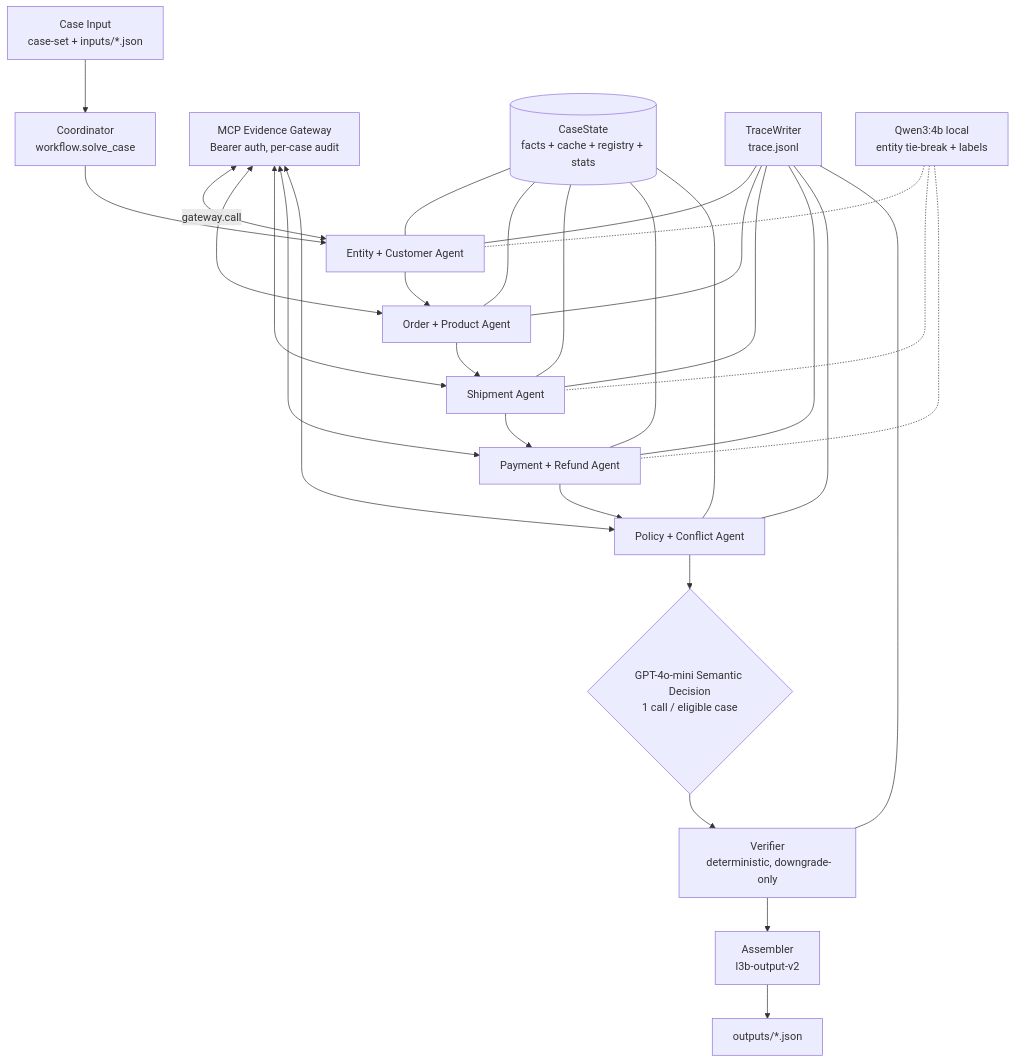
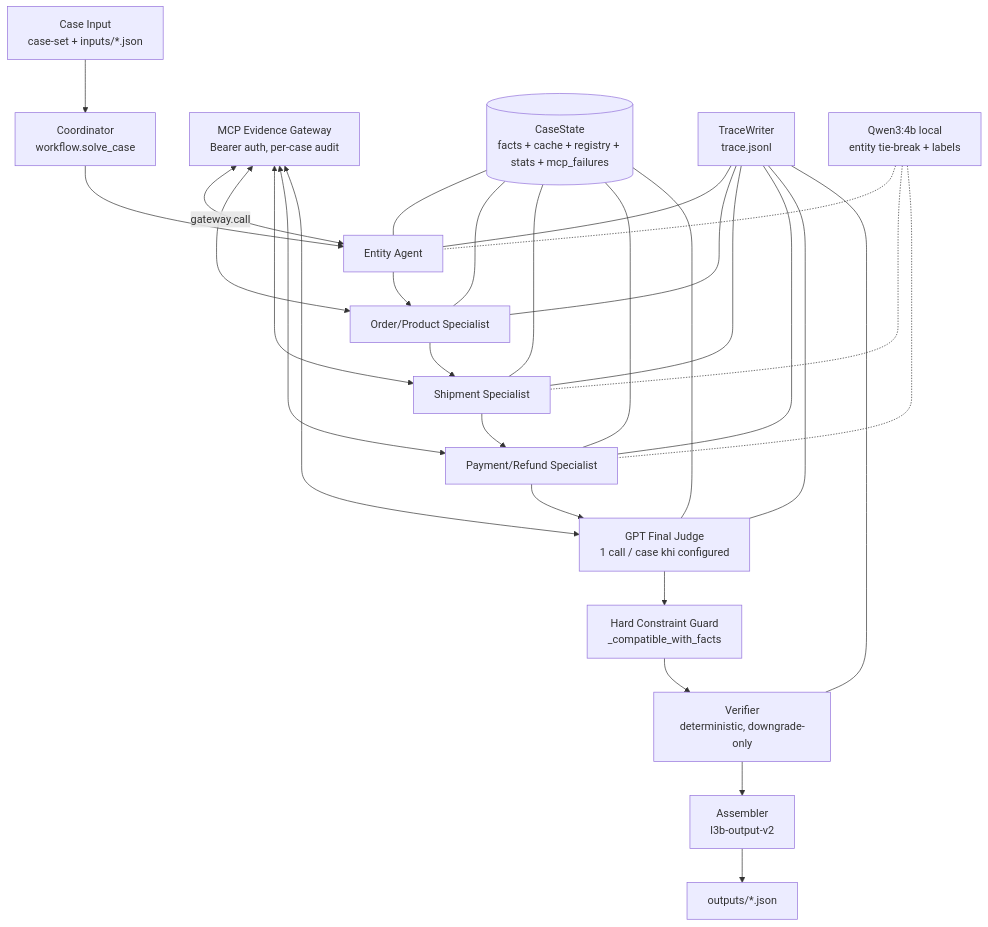
One commit to brxcewxyne/K4-L3B-MultiAgent-MCP-A2A changed the diagram in ARCHITECTURE.md. Above: the diagram before and after it, drawn with Mermaid. The commit also changed other lines of this file and 8 other files, not shown here.

Commit message:
refactor code final, last step agent broke the code

````diff
--- a/ARCHITECTURE.md
+++ b/ARCHITECTURE.md
@@ -29,18 +33,18 @@
 ```mermaid
 flowchart TD
     IN[Case Input\ncase-set + inputs/*.json] --> COORD[Coordinator\nworkflow.solve_case]
-    COORD --> ENT[Entity + Customer Agent]
-    ENT --> OP[Order + Product Agent]
-    OP --> SHIP[Shipment Agent]
-    SHIP --> PAY[Payment + Refund Agent]
-    PAY --> POL[Policy + Conflict Agent]
-    POL --> HYB{GPT-4o-mini Semantic Decision\n1 call / eligible case}
-    HYB --> VER[Verifier\n deterministic, downgrade-only]
+    COORD --> ENT[Entity Agent]
+    ENT --> OP[Order/Product Specialist]
+    OP --> SHIP[Shipment Specialist]
+    SHIP --> PAY[Payment/Refund Specialist]
+    PAY --> JUDGE[GPT Final Judge\n1 call / case khi configured]
+    JUDGE --> GUARD[Hard Constraint Guard\n_compatible_with_facts]
+    GUARD --> VER[Verifier\ndeterministic, downgrade-only]
     VER --> ASM[Assembler\nl3b-output-v2]
     ASM --> OUT[outputs/*.json]
     MCP[MCP Evidence Gateway\nBearer auth, per-case audit] <-->|gateway.call| ENT
-    MCP <--> OP & SHIP & PAY & POL
-    CS[(CaseState\nfacts + cache + registry + stats)] --- ENT & OP & SHIP & PAY & POL
-    TR[TraceWriter\ntrace.jsonl] --- ENT & OP & SHIP & PAY & POL & VER
+    MCP <--> OP & SHIP & PAY & JUDGE
+    CS[(CaseState\nfacts + cache + registry + stats + mcp_failures)] --- ENT & OP & SHIP & PAY & JUDGE
+    TR[TraceWriter\ntrace.jsonl] --- ENT & OP & SHIP & PAY & JUDGE & VER
     QWEN[Qwen3:4b local\nentity tie-break + labels] -.- ENT & SHIP & PAY
 ```
````
